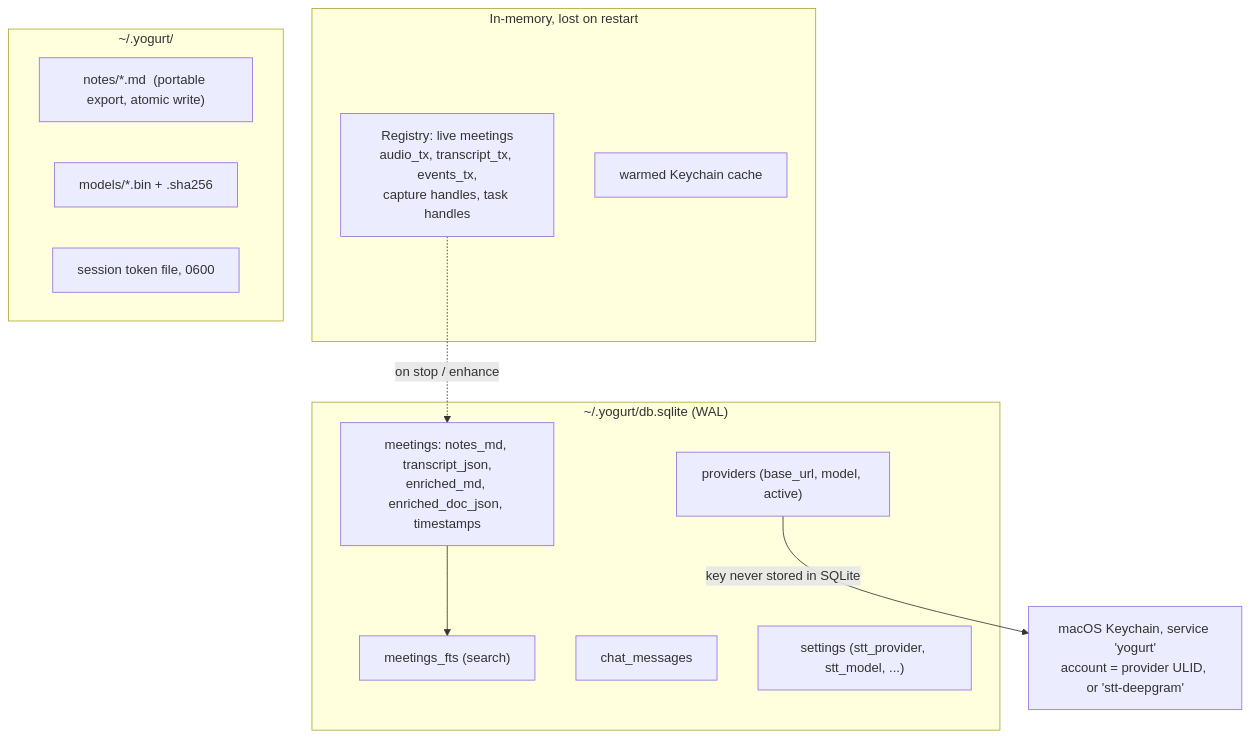
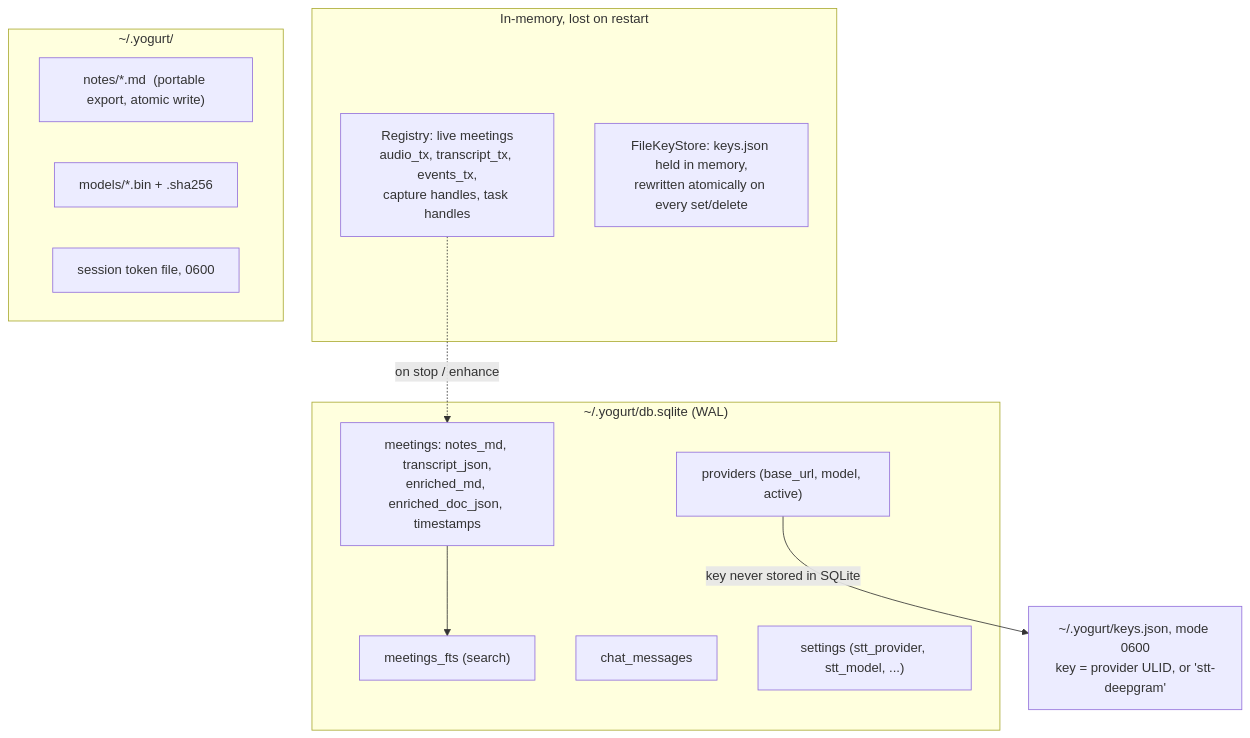
Before and after one commit to jarvisrchen/yogurt: the ninth of 11 diagrams in docs/ARCHITECTURE.md, drawn with Mermaid. The commit also changed other lines of this file and 43 other files, not shown here.

First line of the commit message:
feat(keys): replace macOS Keychain with ~/.yogurt/keys.json file store

````diff
--- a/docs/ARCHITECTURE.md
+++ b/docs/ARCHITECTURE.md
@@ -535,24 +532,24 @@
 ```mermaid
 graph TB
     subgraph Mem["In-memory, lost on restart"]
         REG["Registry: live meetings<br/>audio_tx, transcript_tx, events_tx,<br/>capture handles, task handles"]
-        WARM["warmed Keychain cache"]
+        WARM["FileKeyStore: keys.json held in memory,<br/>rewritten atomically on every set/delete"]
     end
     subgraph SQ["~/.yogurt/db.sqlite (WAL)"]
         MT["meetings: notes_md, transcript_json,<br/>enriched_md, enriched_doc_json, timestamps"]
         FTS["meetings_fts (search)"]
         CM["chat_messages"]
         PRV["providers (base_url, model, active)"]
         SET["settings (stt_provider, stt_model, ...)"]
     end
     subgraph FSD["~/.yogurt/"]
         MD["notes/*.md  (portable export, atomic write)"]
         MOD["models/*.bin + .sha256"]
         TOK["session token file, 0600"]
     end
-    KC["macOS Keychain, service 'yogurt'<br/>account = provider ULID, or 'stt-deepgram'"]
+    KC["~/.yogurt/keys.json, mode 0600<br/>key = provider ULID, or 'stt-deepgram'"]
 
     REG -.->|"on stop / enhance"| MT
     MT --> FTS
     PRV -->|"key never stored in SQLite"| KC
 ```
````
